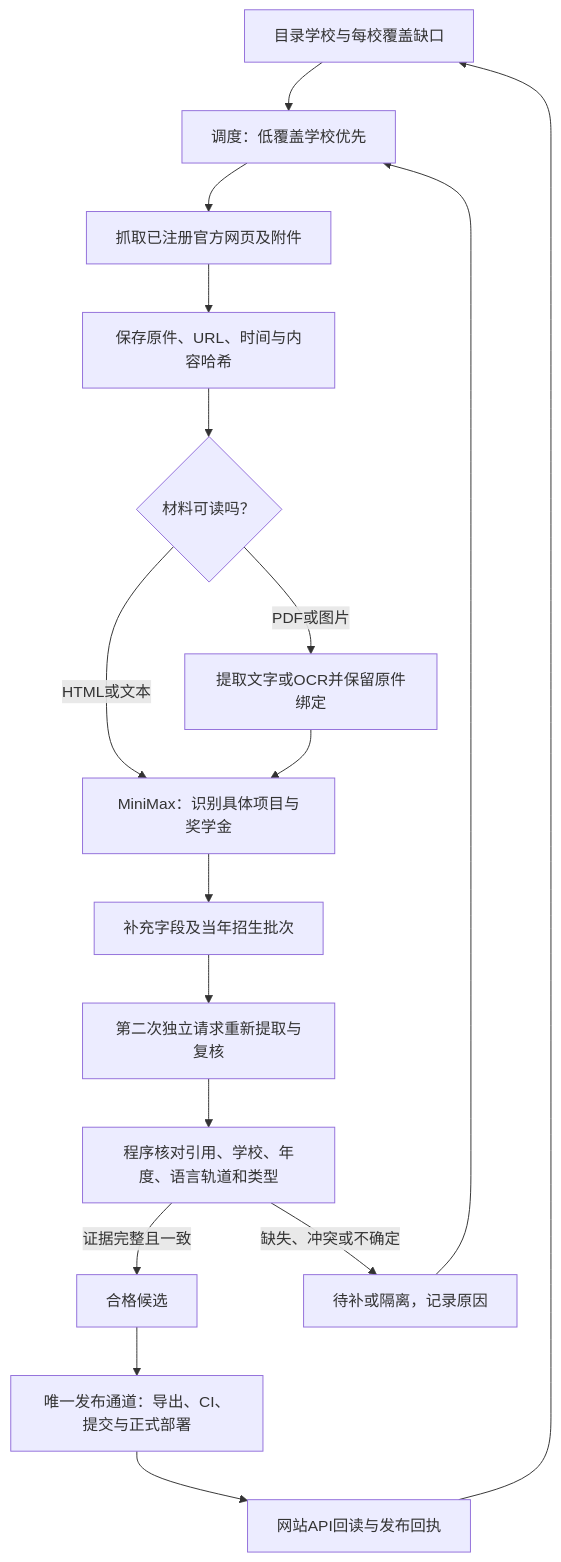
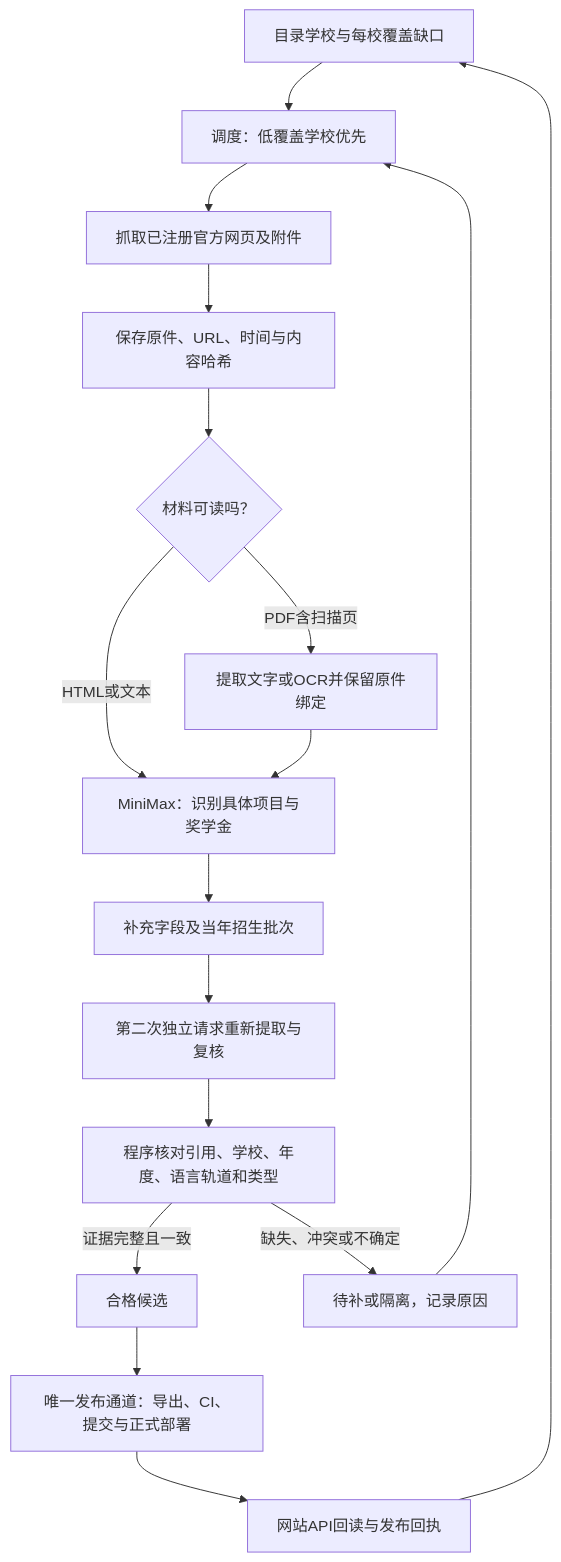
The diagram in docs/minimax-catalog-pipeline.zh-CN.md (computersciencefreshmen/StudyInChina), drawn with Mermaid before and after one commit. The commit also changed other lines of this file and 1 other file, not shown here.

````diff
--- a/docs/minimax-catalog-pipeline.zh-CN.md
+++ b/docs/minimax-catalog-pipeline.zh-CN.md
@@ -8,19 +8,19 @@
 ```mermaid
 flowchart TD
   A[目录学校与每校覆盖缺口] --> B[调度：低覆盖学校优先]
   B --> C[抓取已注册官方网页及附件]
   C --> D[保存原件、URL、时间与内容哈希]
   D --> E{材料可读吗？}
   E -->|HTML或文本| F[MiniMax：识别具体项目与奖学金]
-  E -->|PDF或图片| O[提取文字或OCR并保留原件绑定]
+  E -->|PDF含扫描页| O[提取文字或OCR并保留原件绑定]
   O --> F
   F --> G[补充字段及当年招生批次]
   G --> H[第二次独立请求重新提取与复核]
   H --> I[程序核对引用、学校、年度、语言轨道和类型]
   I -->|证据完整且一致| J[合格候选]
   I -->|缺失、冲突或不确定| K[待补或隔离，记录原因]
   J --> L[唯一发布通道：导出、CI、提交与正式部署]
   L --> M[网站API回读与发布回执]
   M --> A
   K --> B
 ```
````
